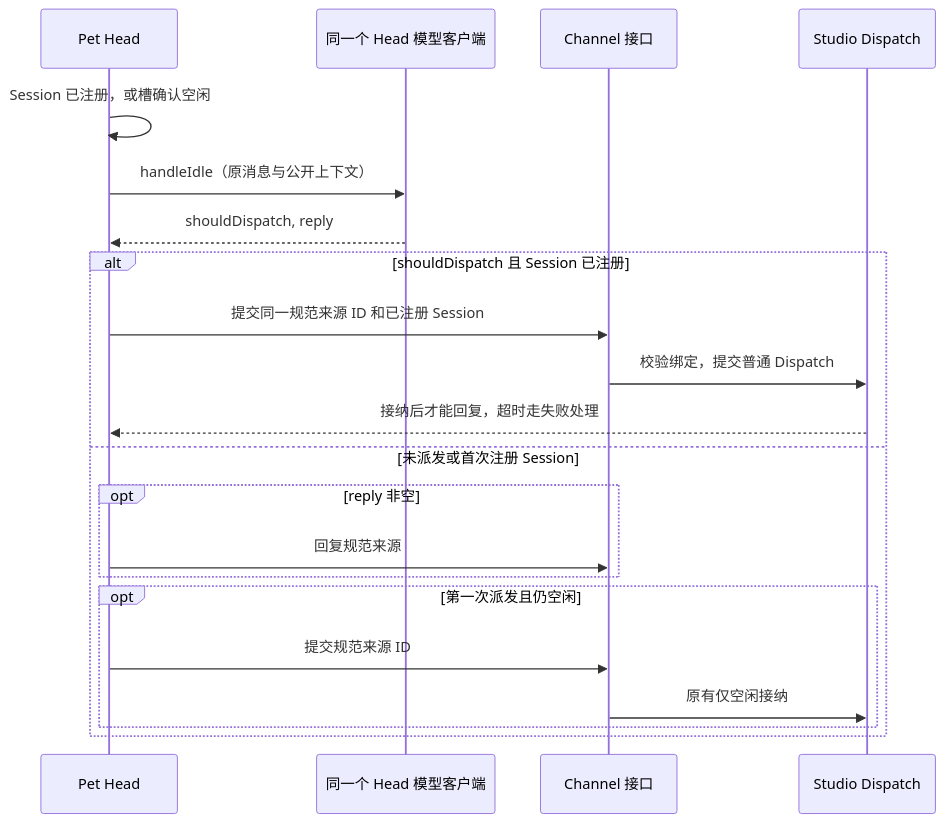
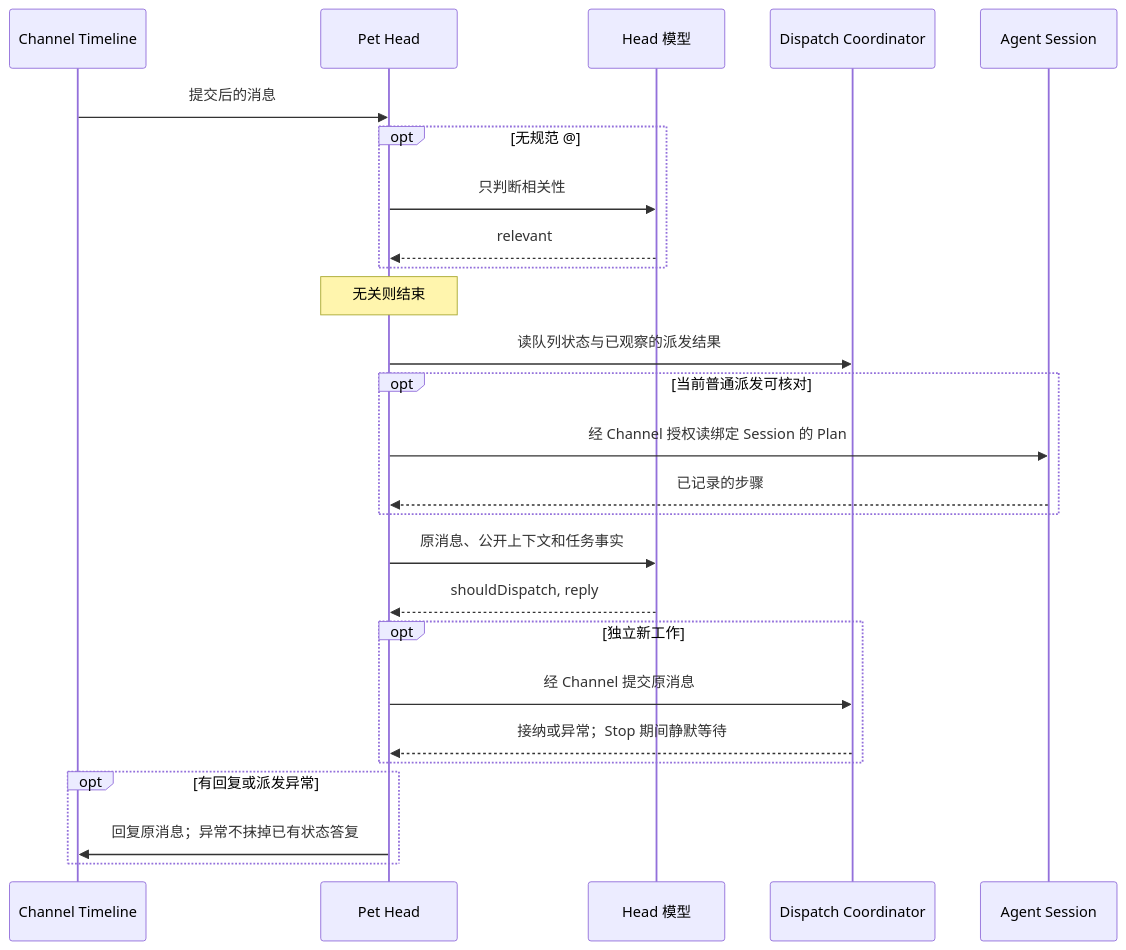
One commit to pinpawo/pinpawo-agent changed the diagram in docs/design/studio/pet-head-mechanism.md. Above: the diagram before and after it, drawn with Mermaid. The commit also changed other lines of this file and 27 other files, not shown here.

Commit message:
fix(studio): ground Head dispatch decisions in session facts

````diff
--- a/docs/design/studio/pet-head-mechanism.md
+++ b/docs/design/studio/pet-head-mechanism.md
@@ -81,23 +18,28 @@
 ```mermaid
 sequenceDiagram
+    participant C as Channel Timeline
     participant H as Pet Head
-    participant M as 同一个 Head 模型客户端
-    participant C as Channel 接口
-    participant D as Studio Dispatch
-    H->>H: Session 已注册，或槽确认空闲
-    H->>M: handleIdle（原消息与公开上下文）
+    participant M as Head 模型
+    participant D as Dispatch Coordinator
+    participant S as Agent Session
+    C->>H: 提交后的消息
+    opt 无规范 @
+        H->>M: 只判断相关性
+        M-->>H: relevant
+    end
+    Note over H: 无关则结束
+    H->>D: 读队列状态与已观察的派发结果
+    opt 当前普通派发可核对
+        H->>S: 经 Channel 授权读绑定 Session 的 Plan
+        S-->>H: 已记录的步骤
+    end
+    H->>M: 原消息、公开上下文和任务事实
     M-->>H: shouldDispatch, reply
-    alt shouldDispatch 且 Session 已注册
-        H->>C: 提交同一规范来源 ID 和已注册 Session
-        C->>D: 校验绑定，提交普通 Dispatch
-        D-->>H: 接纳后才能回复，超时走失败处理
-    else 未派发或首次注册 Session
-        opt reply 非空
-            H->>C: 回复规范来源
-        end
-        opt 第一次派发且仍空闲
-            H->>C: 提交规范来源 ID
-            C->>D: 原有仅空闲接纳
-        end
+    opt 独立新工作
+        H->>D: 经 Channel 提交原消息
+        D-->>H: 接纳或异常；Stop 期间静默等待
+    end
+    opt 有回复或派发异常
+        H->>C: 回复原消息；异常不抹掉已有状态答复
     end
 ```
````
